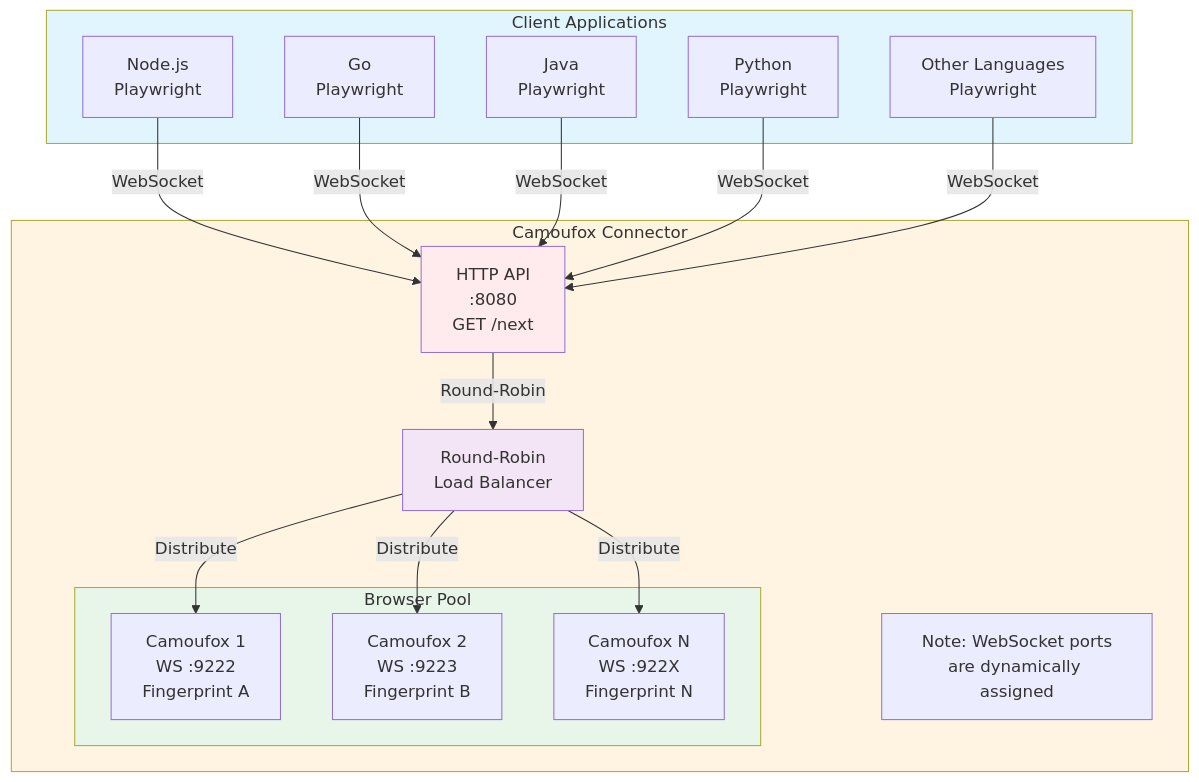
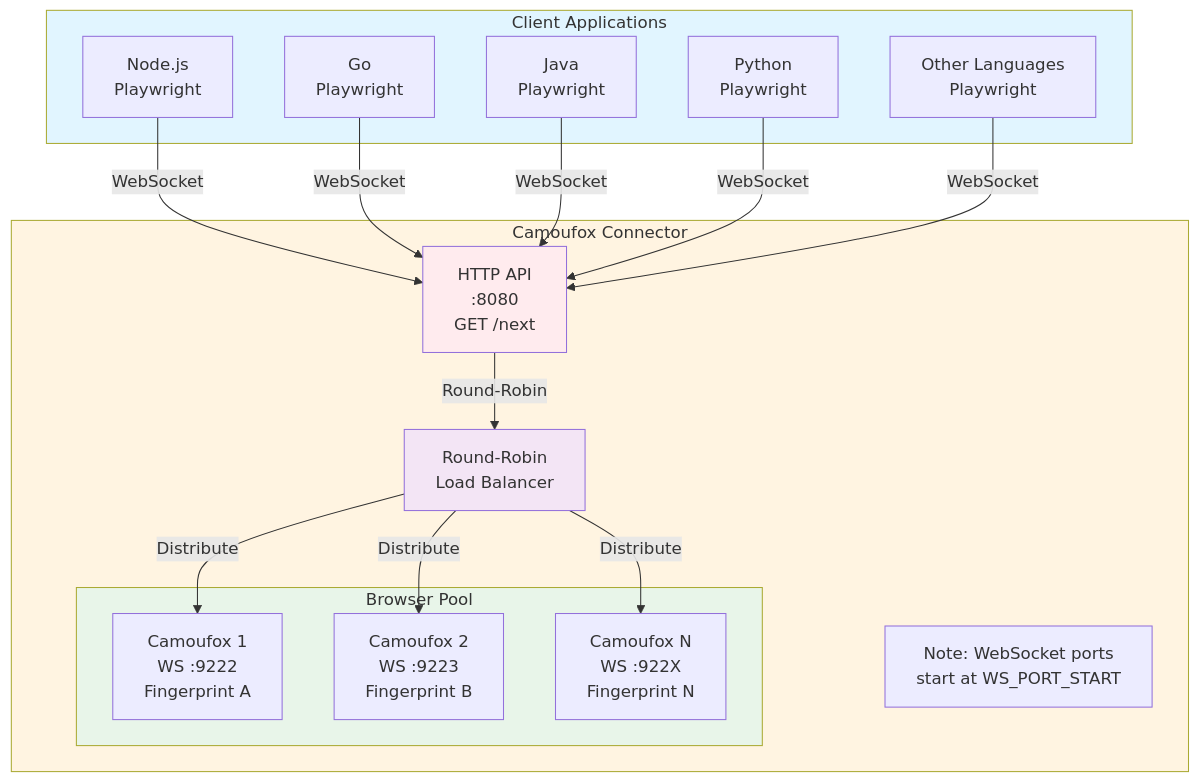
The diagram in README.md (oyedejioyewole/browser-connector), drawn with Mermaid before and after one commit. The commit also changed other lines of this file and 2 other files, not shown here.

First line of the commit message:
Fix mismatching ports

````diff
--- a/README.md
+++ b/README.md
@@ -13,39 +13,39 @@
 ```mermaid
 flowchart TB
     subgraph clients["Client Applications"]
         NodeJS["Node.js<br/>Playwright"]
         Go["Go<br/>Playwright"]
         Java["Java<br/>Playwright"]
         Python["Python<br/>Playwright"]
         Other["Other Languages<br/>Playwright"]
     end
     
     subgraph connector["Camoufox Connector"]
         API["HTTP API<br/>:8080<br/>GET /next"]
         LB["Round-Robin<br/>Load Balancer"]
         
         subgraph pool["Browser Pool"]
             B1["Camoufox 1<br/>WS :9222<br/>Fingerprint A"]
             B2["Camoufox 2<br/>WS :9223<br/>Fingerprint B"]
             B3["Camoufox N<br/>WS :922X<br/>Fingerprint N"]
         end
-        note1["Note: WebSocket ports<br/>are dynamically assigned"]
+        note1["Note: WebSocket ports<br/>start at WS_PORT_START"]
     end
     
     NodeJS -->|"WebSocket"| API
     Go -->|"WebSocket"| API
     Java -->|"WebSocket"| API
     Python -->|"WebSocket"| API
     Other -->|"WebSocket"| API
     
     API -->|"Round-Robin"| LB
     LB -->|"Distribute"| B1
     LB -->|"Distribute"| B2
     LB -->|"Distribute"| B3
     
     style clients fill:#e1f5ff
     style connector fill:#fff4e1
     style pool fill:#e8f5e9
     style API fill:#ffebee
     style LB fill:#f3e5f5
 ```
````
